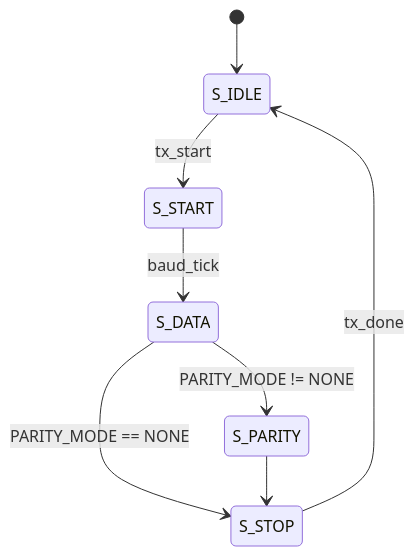
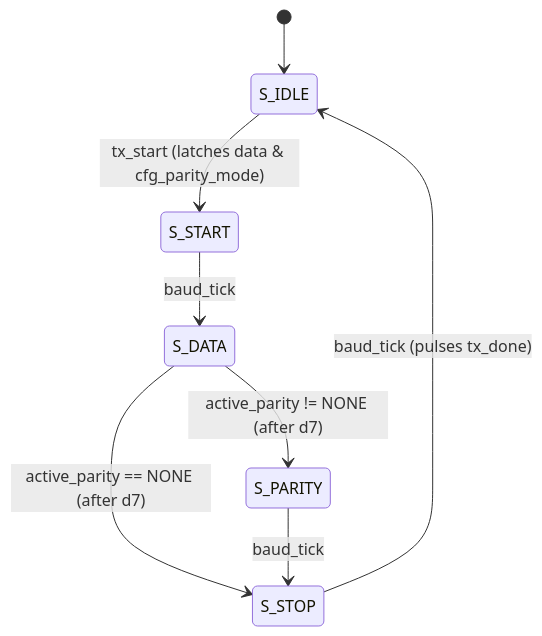
One commit to TharinduHimantha/8-bit-UART-Communication-System-in-Verilog-HDL changed the third of 5 diagrams in README.md. Above: the diagram before and after it, drawn with Mermaid. The commit also changed other lines of this file and 54 other files, not shown here.

````diff
--- a/README.md
+++ b/README.md
@@ -220,10 +240,10 @@
 ```mermaid
 stateDiagram-v2
     [*] --> S_IDLE
-    S_IDLE --> S_START: tx_start
+    S_IDLE --> S_START: tx_start (latches data & cfg_parity_mode)
     S_START --> S_DATA: baud_tick
-    S_DATA --> S_PARITY: PARITY_MODE != NONE
-    S_DATA --> S_STOP: PARITY_MODE == NONE
-    S_PARITY --> S_STOP
-    S_STOP --> S_IDLE: tx_done
+    S_DATA --> S_PARITY: active_parity != NONE (after d7)
+    S_DATA --> S_STOP: active_parity == NONE (after d7)
+    S_PARITY --> S_STOP: baud_tick
+    S_STOP --> S_IDLE: baud_tick (pulses tx_done)
 ```
````
